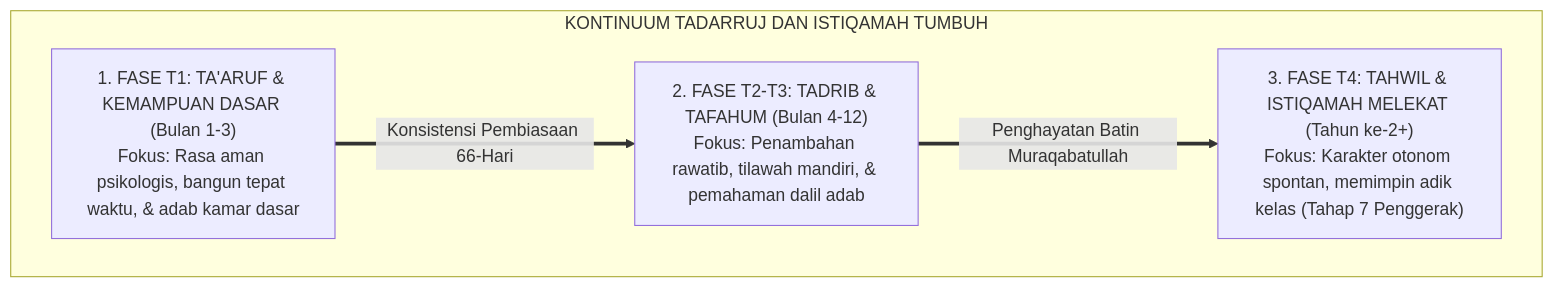
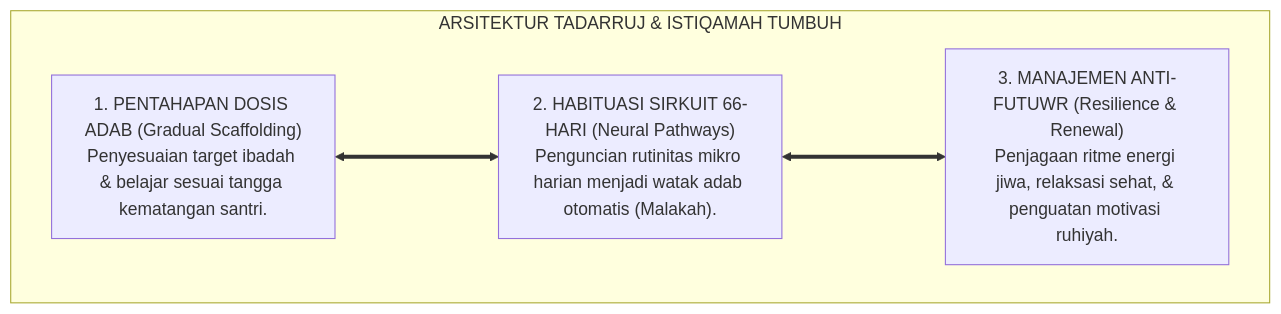
Before and after one commit to wandiapriliyandi/tumbuh: the second of 3 diagrams in 02 Principles/01 Core Principles/P2-01-06-Prinsip-Tadarruj-dan-Istiqamah.md, drawn with Mermaid. The commit also changed other lines of this file and 7 other files, not shown here.

````diff
--- a/02 Principles/01 Core Principles/P2-01-06-Prinsip-Tadarruj-dan-Istiqamah.md
+++ b/02 Principles/01 Core Principles/P2-01-06-Prinsip-Tadarruj-dan-Istiqamah.md
@@ -60,13 +126,13 @@
 ```mermaid
 flowchart TD
-    subgraph KontinuumTadarrujIstiqamah["KONTINUUM TADARRUJ DAN ISTIQAMAH TUMBUH"]
-        T1["1. FASE T1: TA'ARUF & KEMAMPUAN DASAR (Bulan 1-3)<br/>Fokus: Rasa aman psikologis, bangun tepat waktu, & adab kamar dasar"]
+    subgraph ArsitekturTadarrujIstiqamahTUMBUH["ARSITEKTUR TADARRUJ & ISTIQAMAH TUMBUH"]
         
-        T2["2. FASE T2-T3: TADRIB & TAFAHUM (Bulan 4-12)<br/>Fokus: Penambahan rawatib, tilawah mandiri, & pemahaman dalil adab"]
+        TI1_Sayap["1. PENTAHAPAN DOSIS ADAB (Gradual Scaffolding)<br/>Penyesuaian target ibadah & belajar sesuai tangga kematangan santri."]
         
-        T3["3. FASE T4: TAHWIL & ISTIQAMAH MELEKAT (Tahun ke-2+)<br/>Fokus: Karakter otonom spontan, memimpin adik kelas (Tahap 7 Penggerak)"]
+        TI2_Sayap["2. HABITUASI SIRKUIT 66-HARI (Neural Pathways)<br/>Penguncian rutinitas mikro harian menjadi watak adab otomatis (Malakah)."]
         
-        T1 ==>|Konsistensi Pembiasaan 66-Hari| T2
-        T2 ==>|Penghayatan Batin Muraqabatullah| T3
+        TI3_Sayap["3. MANAJEMEN ANTI-FUTUWR (Resilience & Renewal)<br/>Penjagaan ritme energi jiwa, relaksasi sehat, & penguatan motivasi ruhiyah."]
+        
+        TI1_Sayap <===> TI2_Sayap <===> TI3_Sayap
     end
 ```
````
